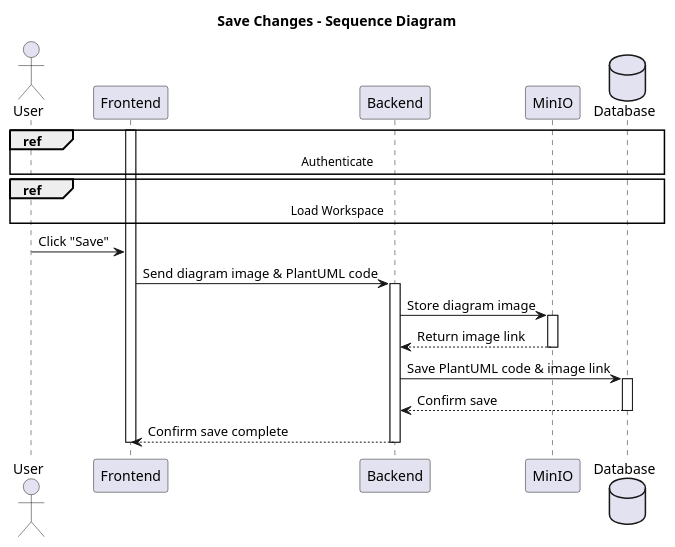
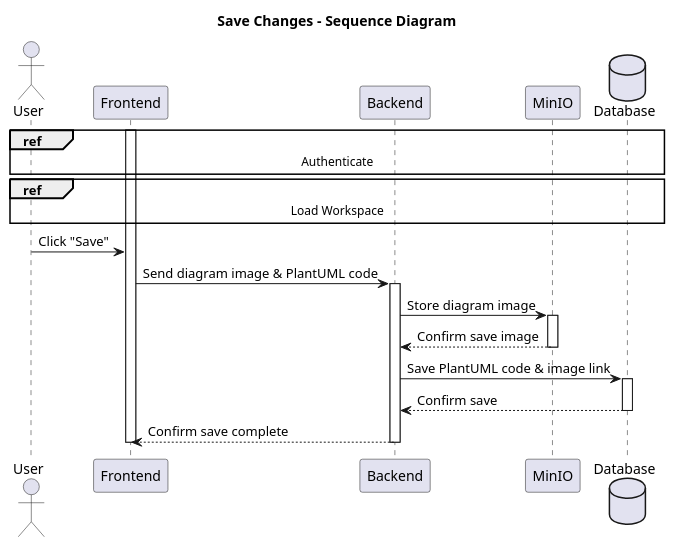
One commit to souhaib-askri/report_pfe changed the diagram in conception/SprintIV/sequence_diagrams/sequence_workspaceManagement_save_changes.puml. Above: the diagram before and after it, drawn with PlantUML. The commit also changed 13 other files, not shown here.

```diff
--- a/conception/SprintIV/sequence_diagrams/sequence_workspaceManagement_save_changes.puml
+++ b/conception/SprintIV/sequence_diagrams/sequence_workspaceManagement_save_changes.puml
@@ -1,35 +1,35 @@
 @startuml
 title Save Changes - Sequence Diagram
 
 actor User
 participant Frontend
 participant Backend
 participant MinIO
 database Database
 
 ref over User, Database: Authenticate
 
 ref over User, Database: Load Workspace
 
 activate Frontend
 
 User -> Frontend: Click "Save"
 Frontend -> Backend: Send diagram image & PlantUML code
 activate Backend
 
 Backend -> MinIO: Store diagram image
 activate MinIO
-MinIO --> Backend: Return image link
+MinIO --> Backend: Confirm save image
 deactivate MinIO
 
 Backend -> Database: Save PlantUML code & image link
 activate Database
 Database --> Backend: Confirm save
 deactivate Database
 
 Backend --> Frontend: Confirm save complete
 deactivate Backend
 
 deactivate Frontend
 
 @enduml
```
